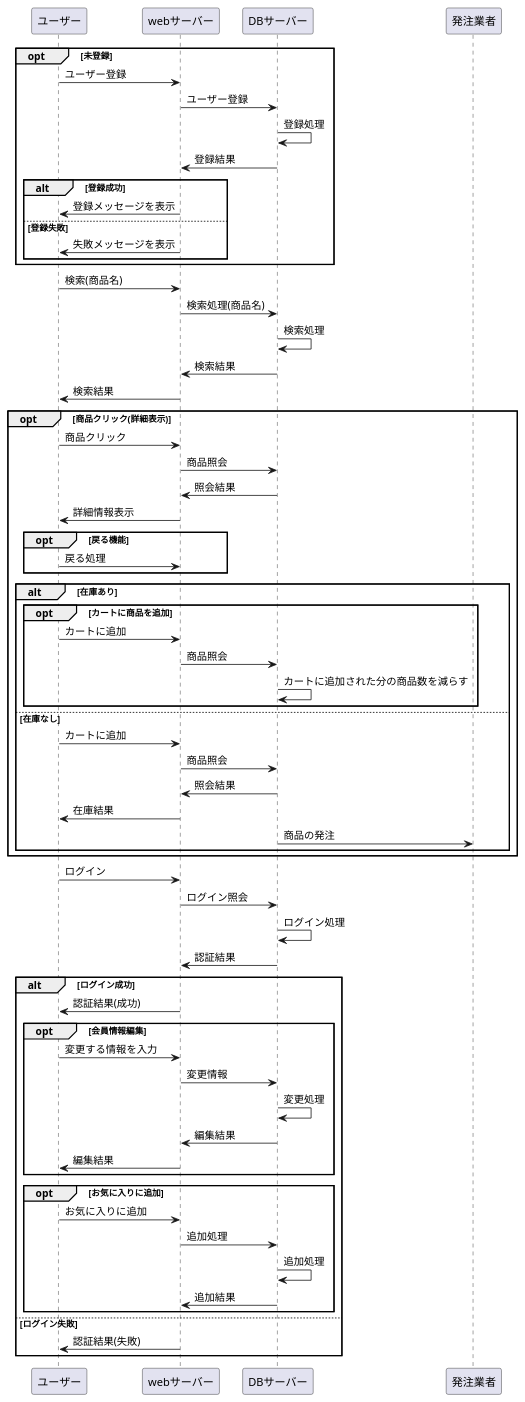
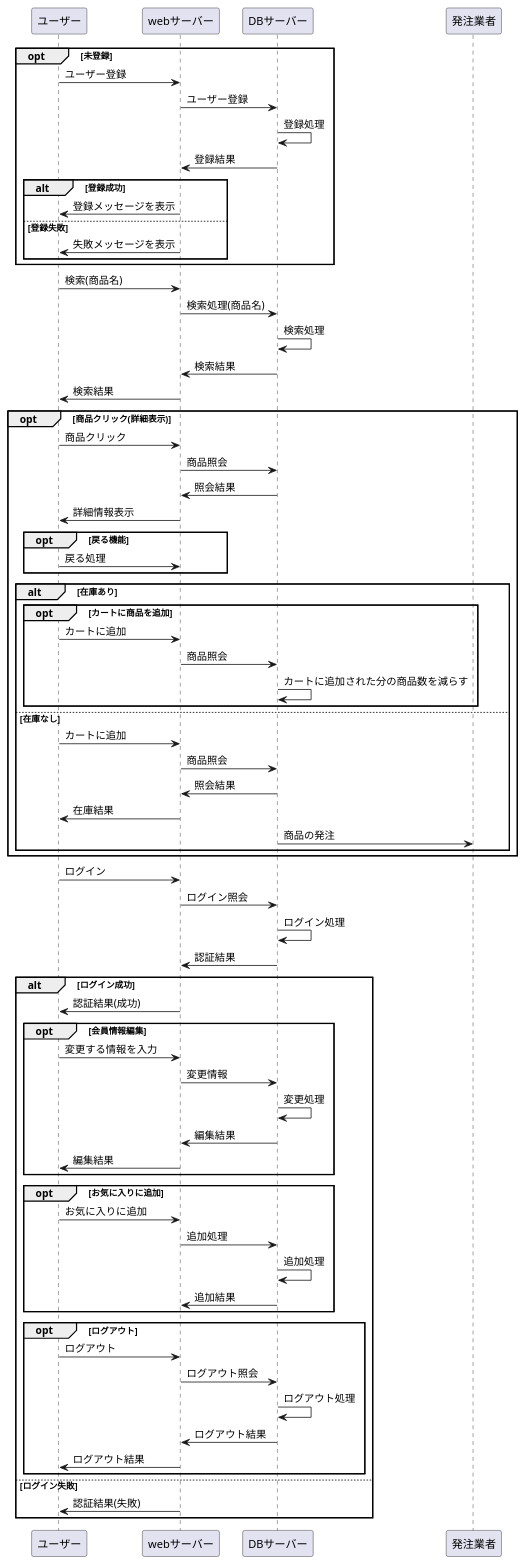
The diagram in Rainbows/業務フロー.md (Aso2001174/2021sys-design), drawn with PlantUML before and after one commit.

```diff
--- a/Rainbows/業務フロー.md
+++ b/Rainbows/業務フロー.md
@@ -70,6 +70,14 @@
 DBサーバー -> webサーバー : 追加結果
 end
 
+opt ログアウト
+ユーザー -> webサーバー : ログアウト
+webサーバー -> DBサーバー :ログアウト照会
+DBサーバー -> DBサーバー : ログアウト処理
+DBサーバー -> webサーバー : ログアウト結果
+webサーバー -> ユーザー : ログアウト結果
+end
+
 else ログイン失敗
 webサーバー -> ユーザー : 認証結果(失敗)
 end
```
